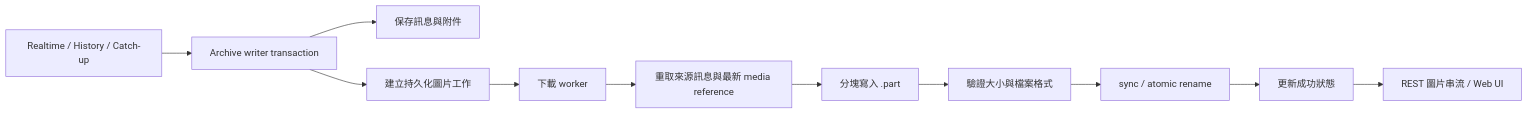
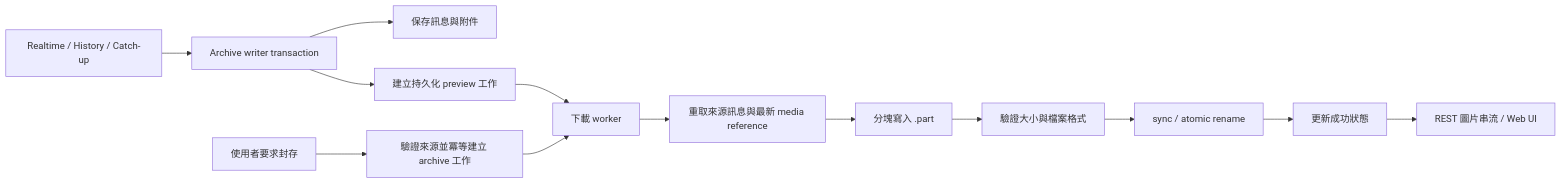
Before and after one commit to Swind/rust-tgarchive: the diagram in telegram_media_download_design.md, drawn with Mermaid. The commit also changed other lines of this file, not shown here.

````diff
--- a/telegram_media_download_design.md
+++ b/telegram_media_download_design.md
@@ -28,13 +34,15 @@
 ```mermaid
 flowchart LR
     A[Realtime / History / Catch-up] --> B[Archive writer transaction]
     B --> C[保存訊息與附件]
-    B --> D[建立持久化圖片工作]
+    B --> D[建立持久化 preview 工作]
+    U[使用者要求封存] --> P[驗證來源並冪等建立 archive 工作]
+    P --> E[下載 worker]
     D --> E[下載 worker]
     E --> F[重取來源訊息與最新 media reference]
     F --> G[分塊寫入 .part]
     G --> H[驗證大小與檔案格式]
     H --> I[sync / atomic rename]
     I --> J[更新成功狀態]
     J --> K[REST 圖片串流 / Web UI]
 ```
````
